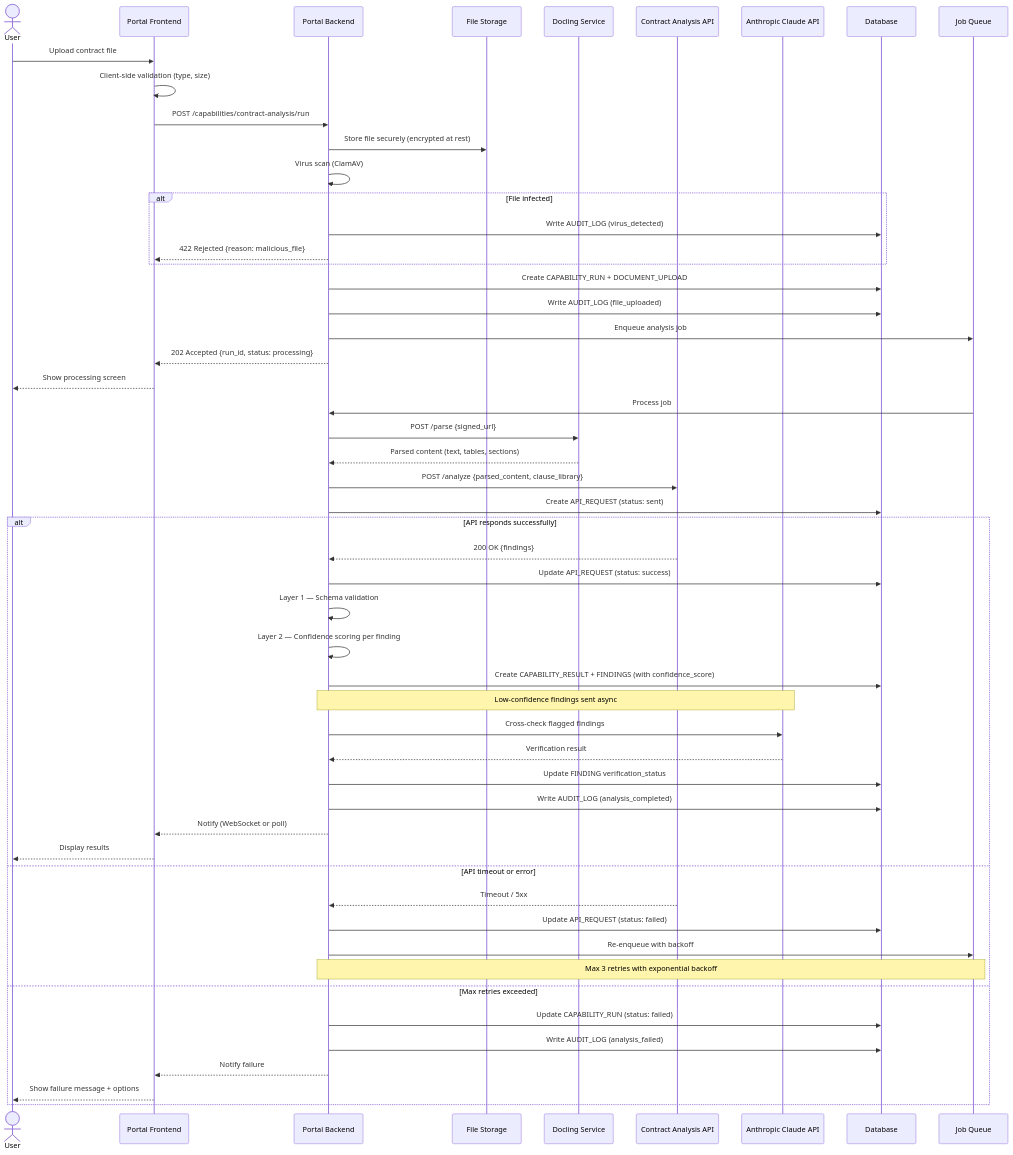
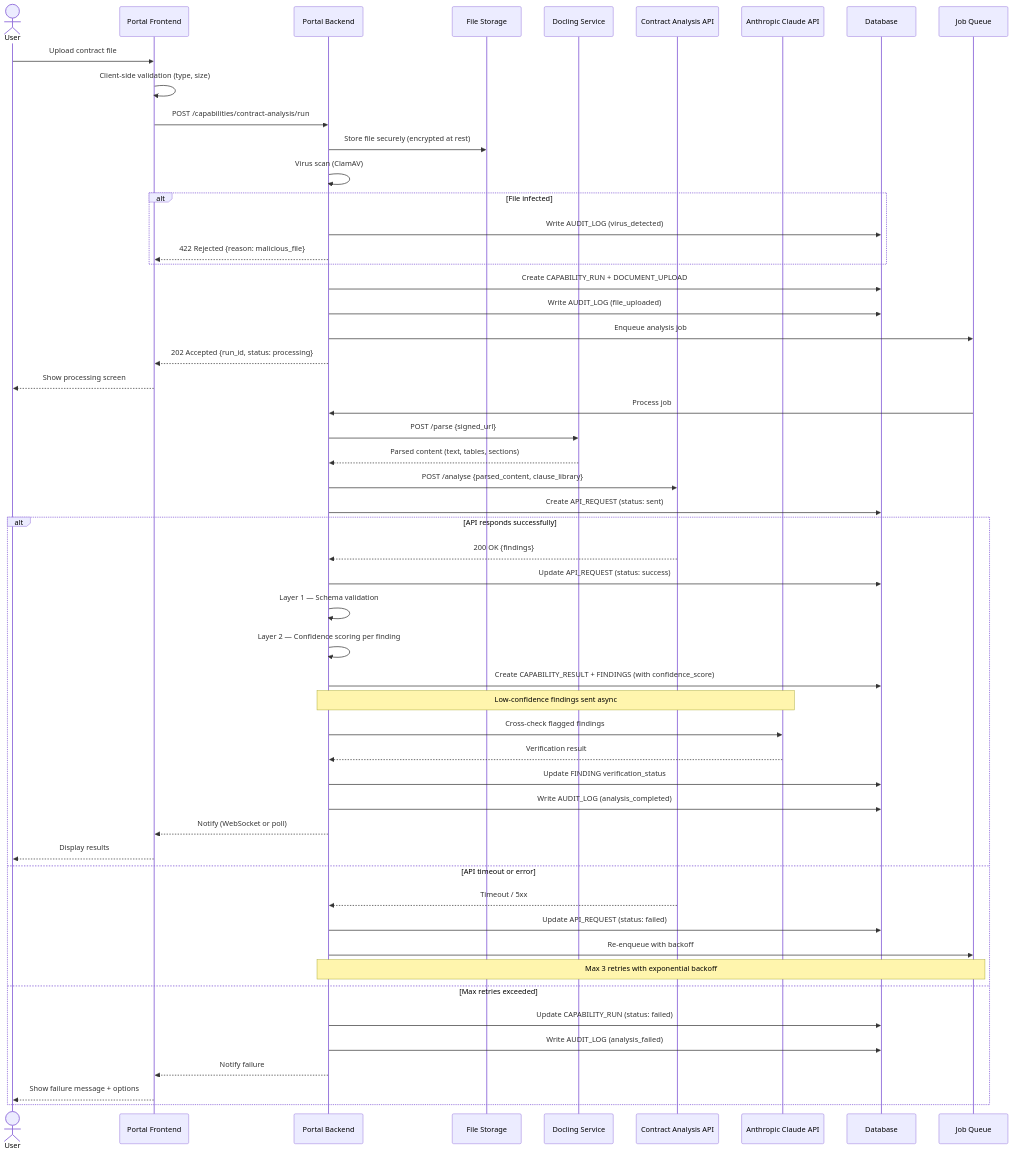
Before and after one commit to garethdaine/capability: the fourth of 4 diagrams in docs/contract-clause-analysis-capability-design.md, drawn with Mermaid. The commit also changed other lines of this file and 1 other file, not shown here.

Commit message:
fix: revert to British English throughout (organisational, analyse)

````diff
--- a/docs/contract-clause-analysis-capability-design.md
+++ b/docs/contract-clause-analysis-capability-design.md
@@ -358,58 +358,58 @@
 ```mermaid
 sequenceDiagram
     actor User
     participant Portal as Portal Frontend
     participant API as Portal Backend
     participant Store as File Storage
     participant Docling as Docling Service
     participant ExtAPI as Contract Analysis API
     participant Claude as Anthropic Claude API
     participant DB as Database
     participant Queue as Job Queue
 
     User->>Portal: Upload contract file
     Portal->>Portal: Client-side validation (type, size)
     Portal->>API: POST /capabilities/contract-analysis/run
     API->>Store: Store file securely (encrypted at rest)
     API->>API: Virus scan (ClamAV)
     alt File infected
         API->>DB: Write AUDIT_LOG (virus_detected)
         API-->>Portal: 422 Rejected {reason: malicious_file}
     end
     API->>DB: Create CAPABILITY_RUN + DOCUMENT_UPLOAD
     API->>DB: Write AUDIT_LOG (file_uploaded)
     API->>Queue: Enqueue analysis job
     API-->>Portal: 202 Accepted {run_id, status: processing}
     Portal-->>User: Show processing screen
 
     Queue->>API: Process job
     API->>Docling: POST /parse {signed_url}
     Docling-->>API: Parsed content (text, tables, sections)
-    API->>ExtAPI: POST /analyze {parsed_content, clause_library}
+    API->>ExtAPI: POST /analyse {parsed_content, clause_library}
     API->>DB: Create API_REQUEST (status: sent)
 
     alt API responds successfully
         ExtAPI-->>API: 200 OK {findings}
         API->>DB: Update API_REQUEST (status: success)
         API->>API: Layer 1 — Schema validation
         API->>API: Layer 2 — Confidence scoring per finding
         API->>DB: Create CAPABILITY_RESULT + FINDINGS (with confidence_score)
         Note over API,Claude: Low-confidence findings sent async
         API->>Claude: Cross-check flagged findings
         Claude-->>API: Verification result
         API->>DB: Update FINDING verification_status
         API->>DB: Write AUDIT_LOG (analysis_completed)
         API-->>Portal: Notify (WebSocket or poll)
         Portal-->>User: Display results
     else API timeout or error
         ExtAPI-->>API: Timeout / 5xx
         API->>DB: Update API_REQUEST (status: failed)
         API->>Queue: Re-enqueue with backoff
         Note over Queue,API: Max 3 retries with exponential backoff
     else Max retries exceeded
         API->>DB: Update CAPABILITY_RUN (status: failed)
         API->>DB: Write AUDIT_LOG (analysis_failed)
         API-->>Portal: Notify failure
         Portal-->>User: Show failure message + options
     end
 ```
````
